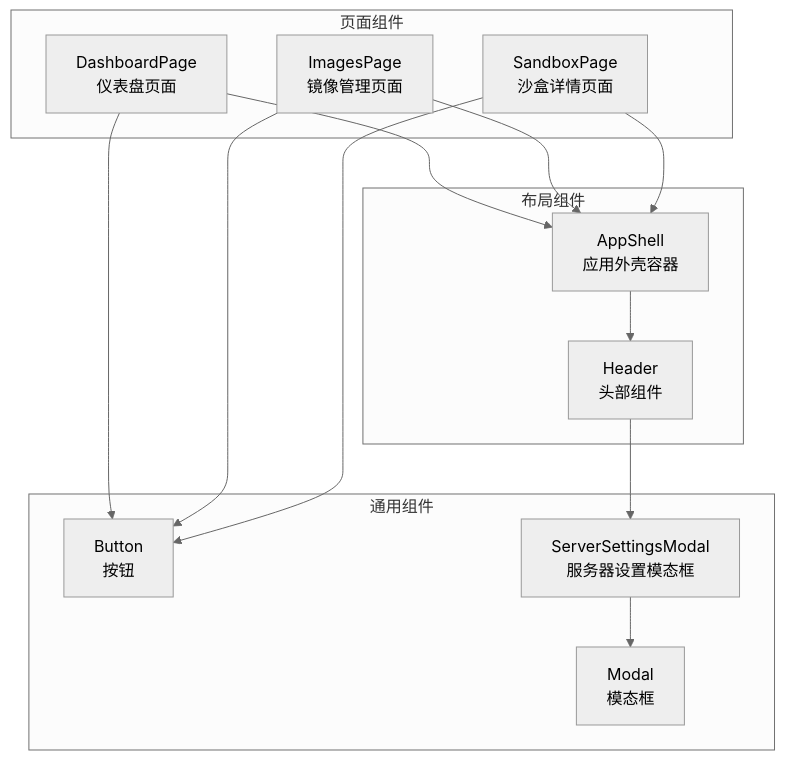
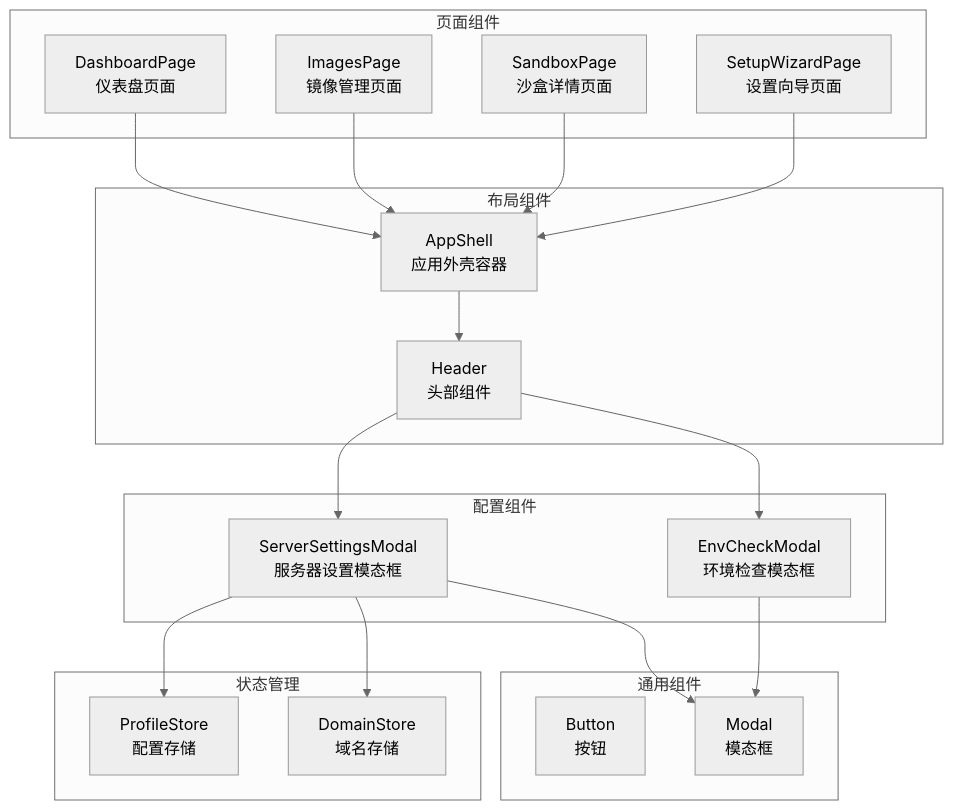
One commit to RabbitAI-Lab/Sandbox-Manager changed the first of 4 diagrams in .qoder/repowiki/zh/content/前端应用架构/组件系统设计/布局组件.md. Above: the diagram before and after it, drawn with Mermaid (neutral theme). The commit also changed other lines of this file and 21 other files, not shown here.

````diff
--- a/.qoder/repowiki/zh/content/前端应用架构/组件系统设计/布局组件.md
+++ b/.qoder/repowiki/zh/content/前端应用架构/组件系统设计/布局组件.md
@@ -41,26 +54,36 @@
 ```mermaid
 graph TB
 subgraph "布局组件"
 AppShell["AppShell<br/>应用外壳容器"]
 Header["Header<br/>头部组件"]
 end
 subgraph "页面组件"
 Dashboard["DashboardPage<br/>仪表盘页面"]
 Images["ImagesPage<br/>镜像管理页面"]
 Sandbox["SandboxPage<br/>沙盒详情页面"]
+SetupWizard["SetupWizardPage<br/>设置向导页面"]
 end
 subgraph "通用组件"
 Button["Button<br/>按钮"]
 Modal["Modal<br/>模态框"]
-SettingsModal["ServerSettingsModal<br/>服务器设置模态框"]
+end
+subgraph "配置组件"
+ServerSettingsModal["ServerSettingsModal<br/>服务器设置模态框"]
+EnvCheckModal["EnvCheckModal<br/>环境检查模态框"]
+end
+subgraph "状态管理"
+ProfileStore["ProfileStore<br/>配置存储"]
+DomainStore["DomainStore<br/>域名存储"]
 end
 AppShell --> Header
 Dashboard --> AppShell
 Images --> AppShell
 Sandbox --> AppShell
-Header --> SettingsModal
-Dashboard --> Button
-Images --> Button
-Sandbox --> Button
-SettingsModal --> Modal
+SetupWizard --> AppShell
+Header --> ServerSettingsModal
+Header --> EnvCheckModal
+ServerSettingsModal --> Modal
+EnvCheckModal --> Modal
+ServerSettingsModal --> ProfileStore
+ServerSettingsModal --> DomainStore
 ```
````
